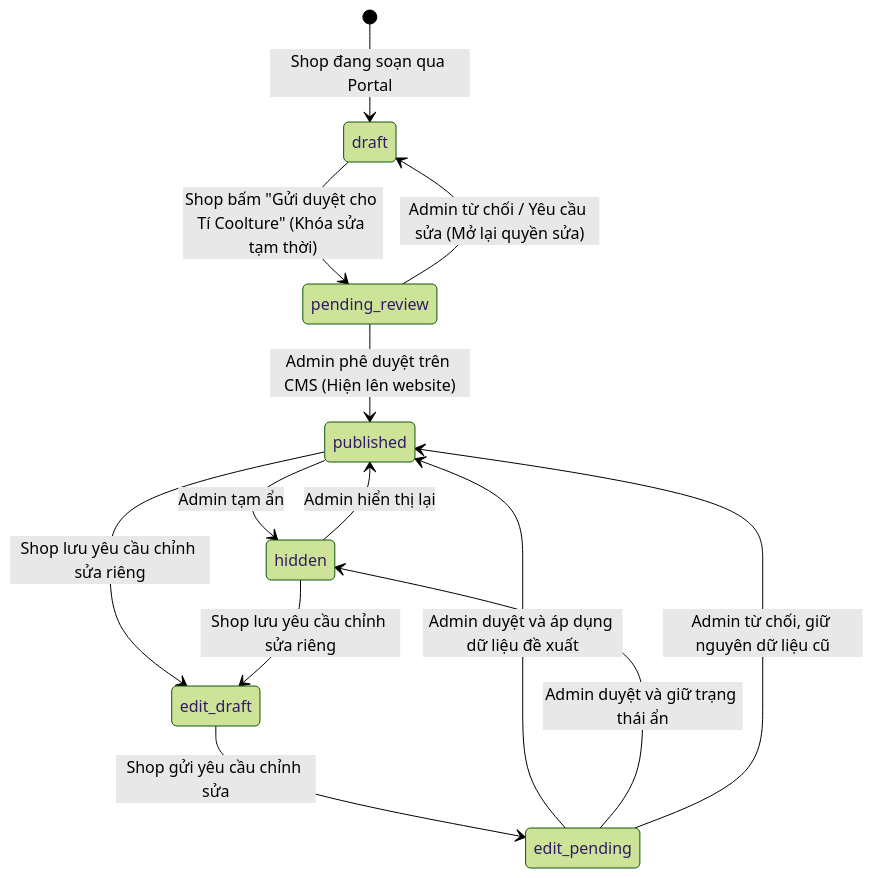
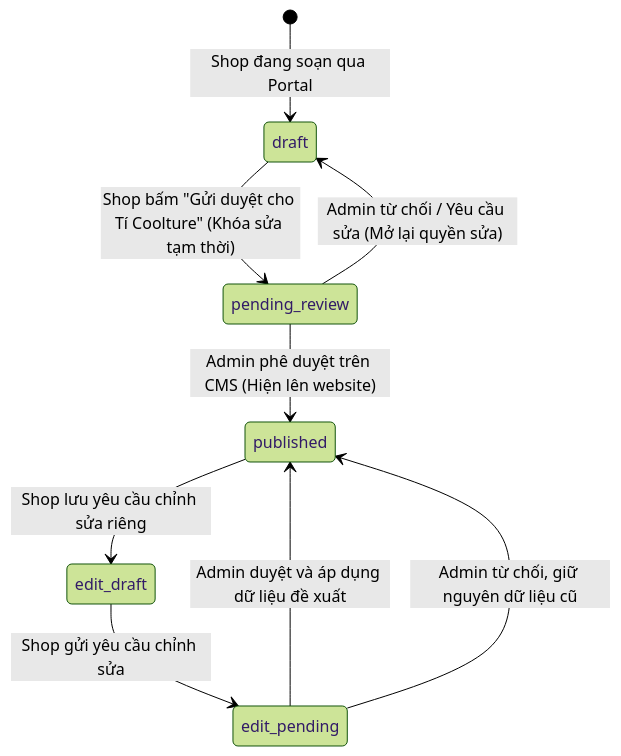
The second of 2 diagrams in docs/BACKEND-SRS.md (lelocle3924/ti-coolture), drawn with Mermaid (forest theme) before and after one commit. The commit also changed other lines of this file and 13 other files, not shown here.

````diff
--- a/docs/BACKEND-SRS.md
+++ b/docs/BACKEND-SRS.md
@@ -162,15 +162,11 @@
 ```mermaid
 stateDiagram-v2
     [*] --> draft: Shop đang soạn qua Portal
     draft --> pending_review: Shop bấm "Gửi duyệt cho Tí Coolture" (Khóa sửa tạm thời)
     pending_review --> published: Admin phê duyệt trên CMS (Hiện lên website)
     pending_review --> draft: Admin từ chối / Yêu cầu sửa (Mở lại quyền sửa)
-    published --> hidden: Admin tạm ẩn
-    hidden --> published: Admin hiển thị lại
     published --> edit_draft: Shop lưu yêu cầu chỉnh sửa riêng
-    hidden --> edit_draft: Shop lưu yêu cầu chỉnh sửa riêng
     edit_draft --> edit_pending: Shop gửi yêu cầu chỉnh sửa
     edit_pending --> published: Admin duyệt và áp dụng dữ liệu đề xuất
-    edit_pending --> hidden: Admin duyệt và giữ trạng thái ẩn
     edit_pending --> published: Admin từ chối, giữ nguyên dữ liệu cũ
 ```
````
